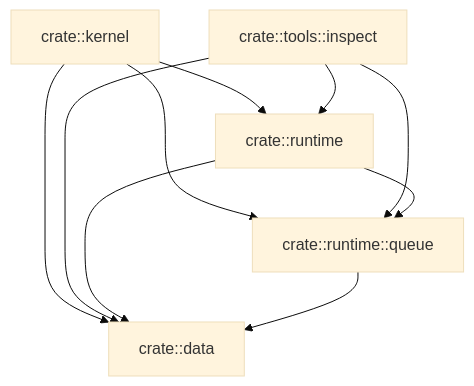
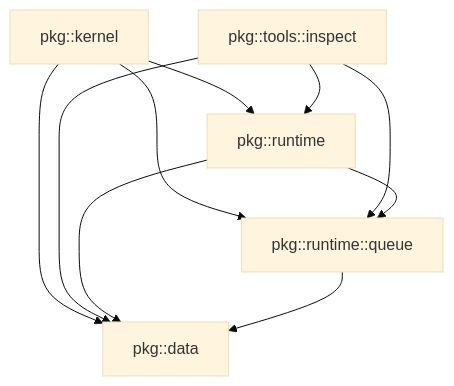
One commit to mbbill/Whitefoot changed the diagram in research/investigations/modular-compilation/demo/README.md. Above: the diagram before and after it, drawn with Mermaid (base theme). The commit also changed other lines of this file and 14 other files, not shown here.

````diff
--- a/research/investigations/modular-compilation/demo/README.md
+++ b/research/investigations/modular-compilation/demo/README.md
@@ -89,12 +89,12 @@
 ```mermaid
 graph TD
-  K[crate::kernel] --> D[crate::data]
-  K --> Q[crate::runtime::queue]
-  K --> R[crate::runtime]
-  I[crate::tools::inspect] --> D
+  K[pkg::kernel] --> D[pkg::data]
+  K --> Q[pkg::runtime::queue]
+  K --> R[pkg::runtime]
+  I[pkg::tools::inspect] --> D
   I --> Q
   I --> R
   R --> D
   R --> Q
   Q --> D
 ```
````
